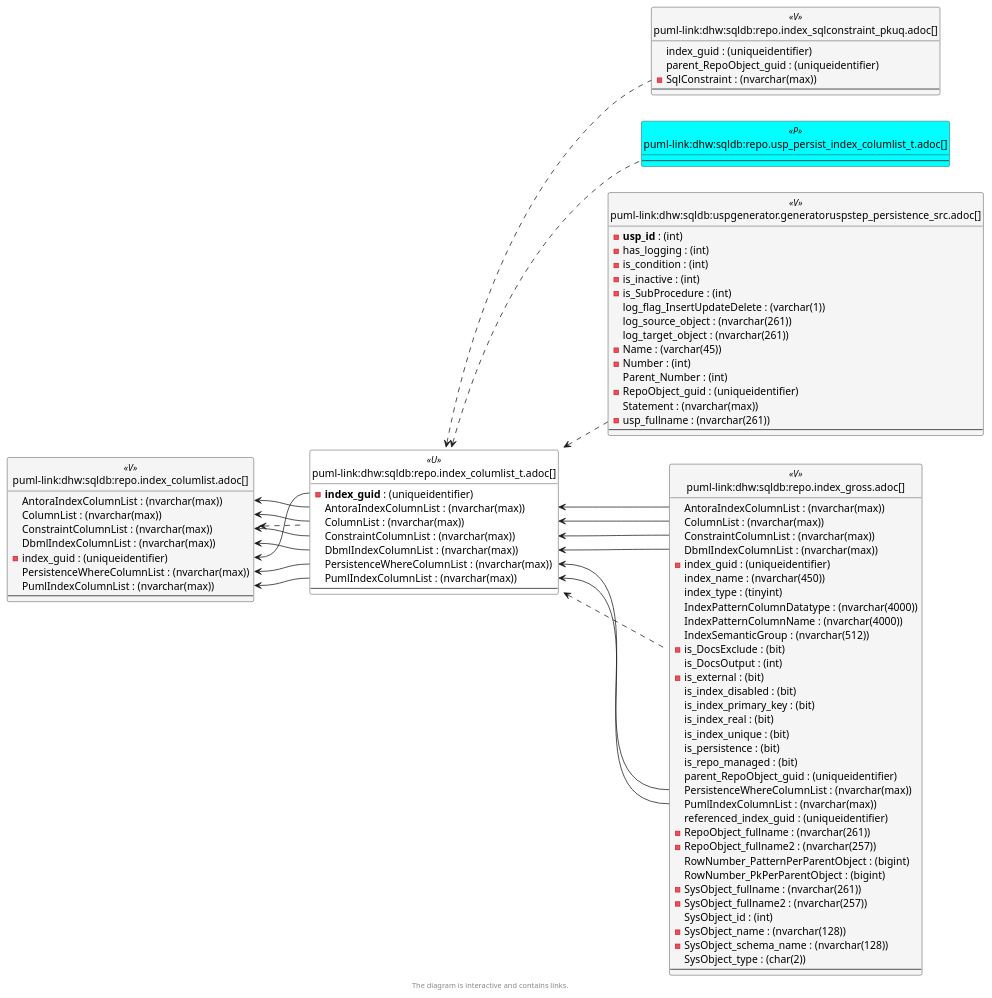
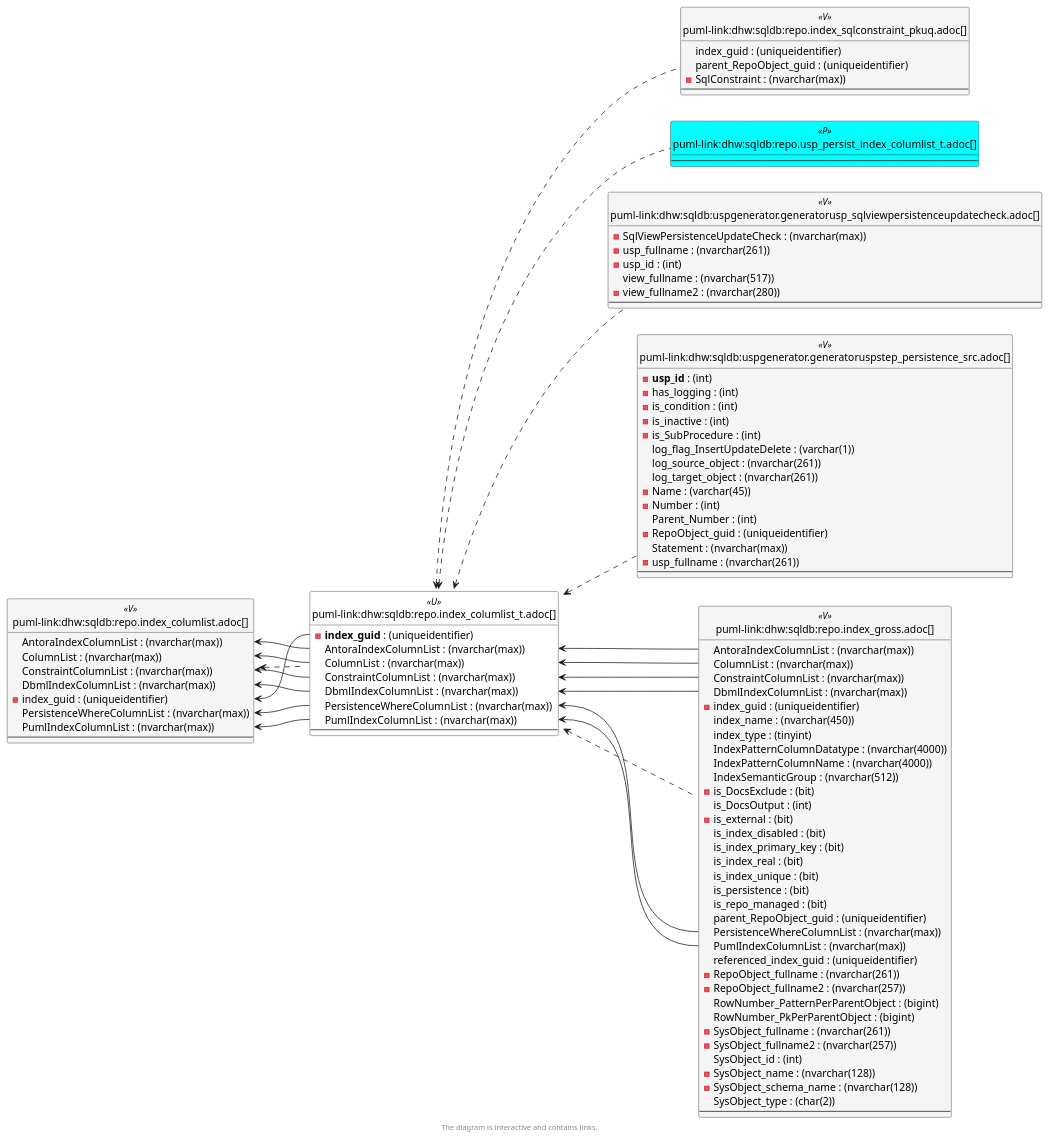
One commit to DataHandwerk/dhw-antora-sqldb changed the sixth of 6 diagrams in docs/modules/sqldb/partials/content/repo.index_columlist_t.adoc. Above: the diagram before and after it, drawn with PlantUML. The commit also changed other lines of this file and 701 other files, not shown here.

```diff
--- a/docs/modules/sqldb/partials/content/repo.index_columlist_t.adoc
+++ b/docs/modules/sqldb/partials/content/repo.index_columlist_t.adoc
@@ -1923,6 +1958,15 @@
   --
 }
 
+entity "puml-link:dhw:sqldb:uspgenerator.generatorusp_sqlviewpersistenceupdatecheck.adoc[]" as uspgenerator.GeneratorUsp_SqlViewPersistenceUpdateCheck << V >> {
+  - SqlViewPersistenceUpdateCheck : (nvarchar(max))
+  - usp_fullname : (nvarchar(261))
+  - usp_id : (int)
+  view_fullname : (nvarchar(517))
+  - view_fullname2 : (nvarchar(280))
+  --
+}
+
 entity "puml-link:dhw:sqldb:uspgenerator.generatoruspstep_persistence_src.adoc[]" as uspgenerator.GeneratorUspStep_Persistence_src << V >> {
   - **usp_id** : (int)
   - has_logging : (int)
@@ -1942,9 +1986,10 @@
 }
 
 repo.Index_ColumList <.. repo.Index_ColumList_T
+repo.Index_ColumList_T <.. repo.Index_gross
 repo.Index_ColumList_T <.. repo.Index_SqlConstraint_PkUq
-repo.Index_ColumList_T <.. repo.Index_gross
 repo.Index_ColumList_T <.. repo.usp_PERSIST_Index_ColumList_T
+repo.Index_ColumList_T <.. uspgenerator.GeneratorUsp_SqlViewPersistenceUpdateCheck
 repo.Index_ColumList_T <.. uspgenerator.GeneratorUspStep_Persistence_src
 "repo.Index_ColumList::AntoraIndexColumnList" <-- "repo.Index_ColumList_T::AntoraIndexColumnList"
 "repo.Index_ColumList::ColumnList" <-- "repo.Index_ColumList_T::ColumnList"
```
